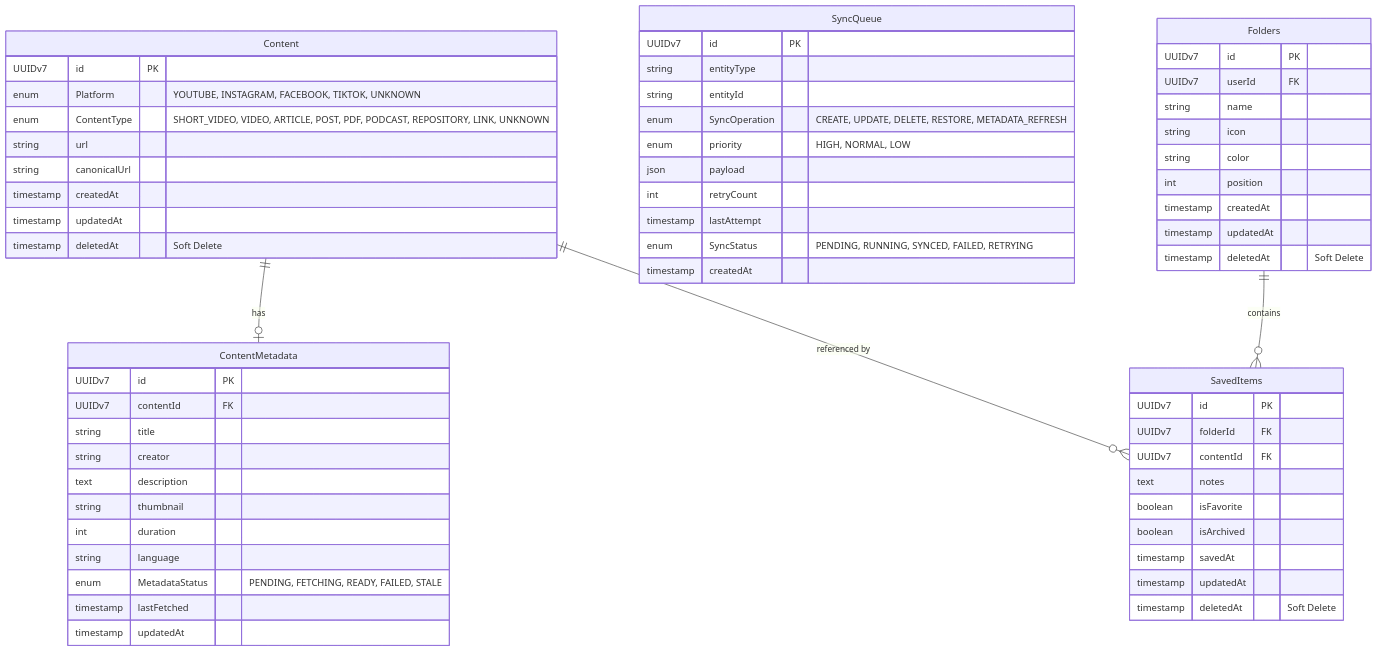
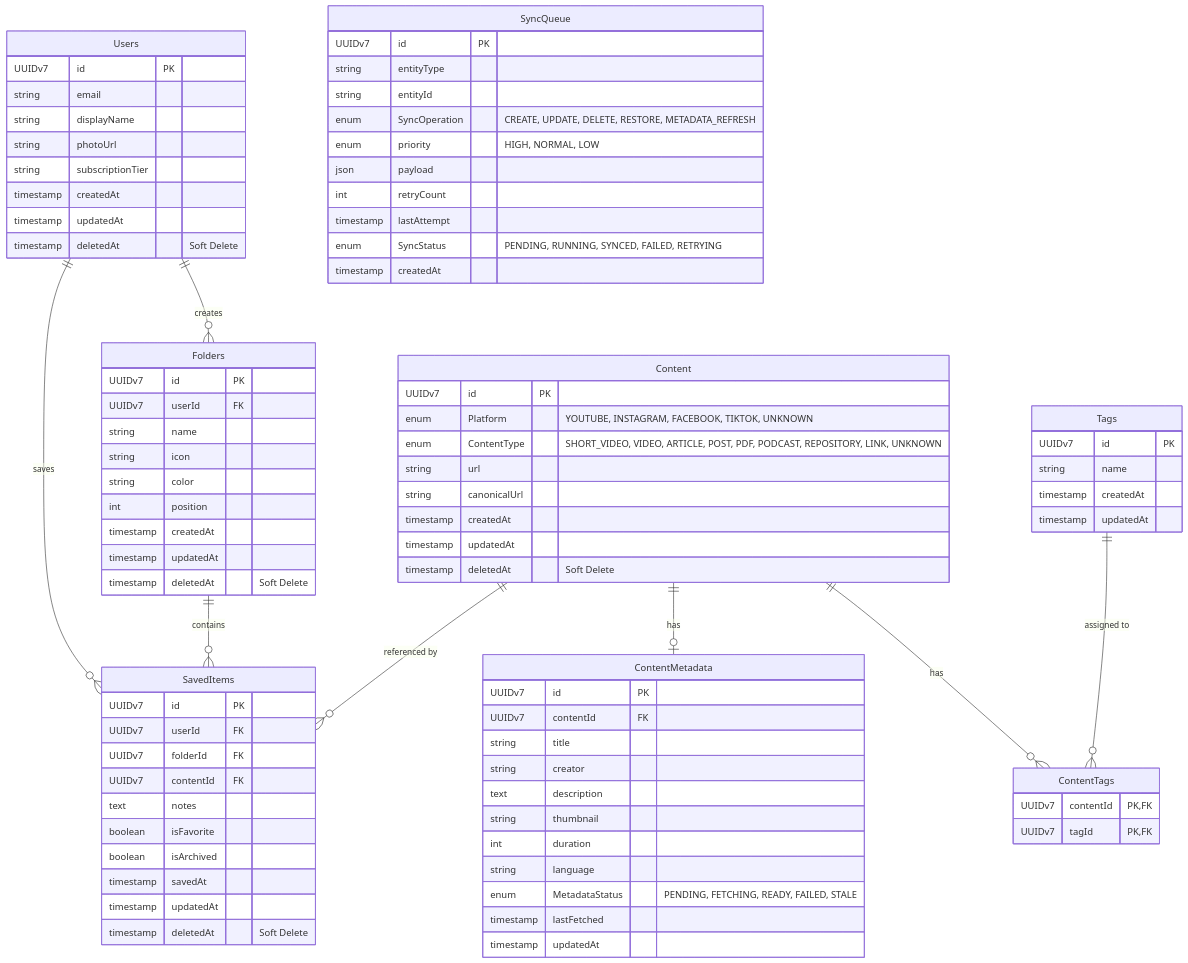
Before and after one commit to daeroSys/Daero-Vaulted: the second of 5 diagrams in docs/architecture.md, drawn with Mermaid. The commit also changed other lines of this file and 49 other files, not shown here.

````diff
--- a/docs/architecture.md
+++ b/docs/architecture.md
@@ -45,5 +45,16 @@
 ```mermaid
 erDiagram
+    Users {
+        UUIDv7 id PK
+        string email
+        string displayName
+        string photoUrl
+        string subscriptionTier
+        timestamp createdAt
+        timestamp updatedAt
+        timestamp deletedAt "Soft Delete"
+    }
+
     Content {
         UUIDv7 id PK
         enum Platform "YOUTUBE, INSTAGRAM, FACEBOOK, TIKTOK, UNKNOWN"
@@ -67,6 +78,18 @@
         enum MetadataStatus "PENDING, FETCHING, READY, FAILED, STALE"
         timestamp lastFetched
         timestamp updatedAt
+    }
+
+    Tags {
+        UUIDv7 id PK
+        string name
+        timestamp createdAt
+        timestamp updatedAt
+    }
+
+    ContentTags {
+        UUIDv7 contentId PK, FK
+        UUIDv7 tagId PK, FK
     }
 
     SyncQueue {
@@ -96,6 +119,7 @@
 
     SavedItems {
         UUIDv7 id PK
+        UUIDv7 userId FK
         UUIDv7 folderId FK
         UUIDv7 contentId FK
         text notes
@@ -106,7 +130,11 @@
         timestamp deletedAt "Soft Delete"
     }
 
+    Users ||--o{ Folders : "creates"
+    Users ||--o{ SavedItems : "saves"
     Content ||--o| ContentMetadata : "has"
+    Content ||--o{ ContentTags : "has"
+    Tags ||--o{ ContentTags : "assigned to"
     Folders ||--o{ SavedItems : "contains"
     Content ||--o{ SavedItems : "referenced by"
 ```
````
